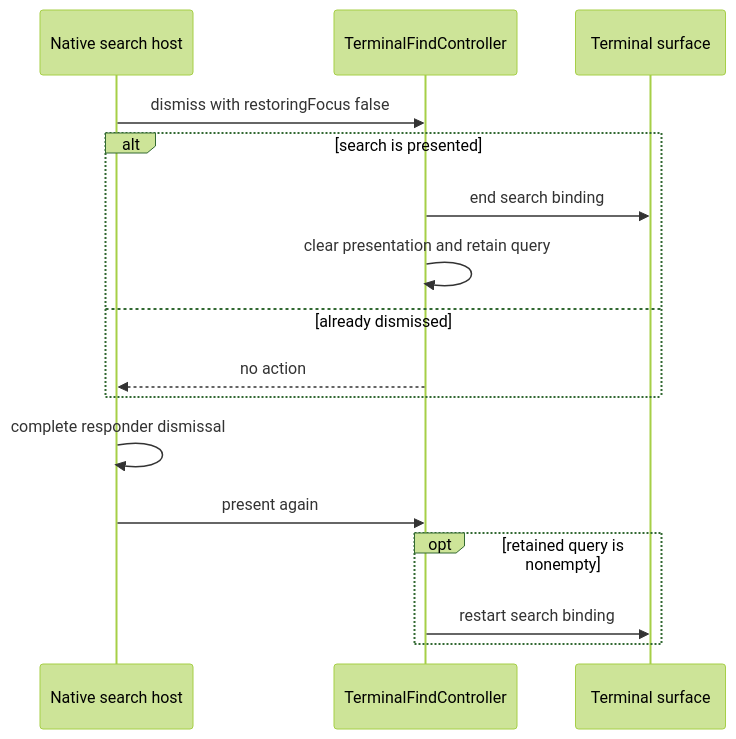
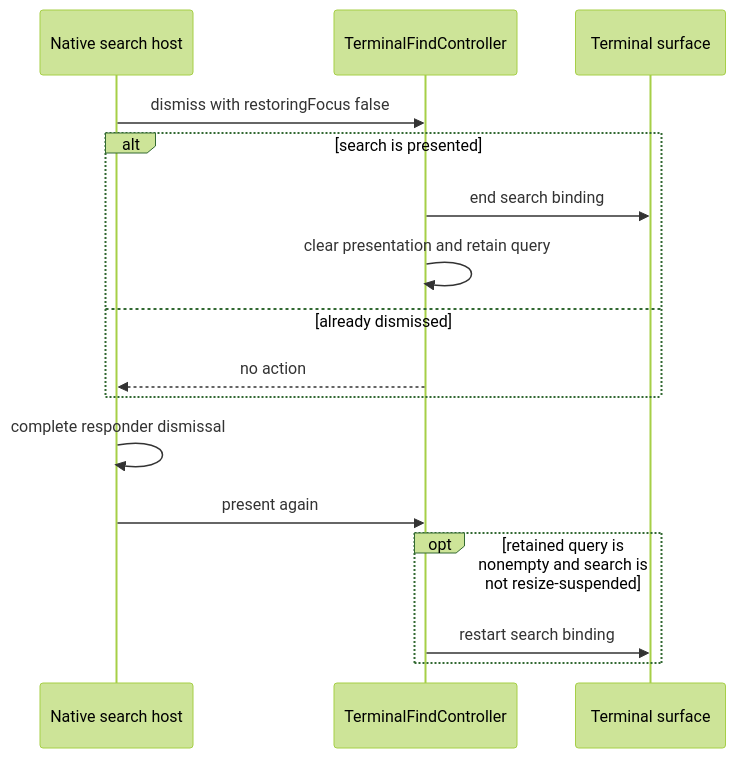
One commit to AkinoKaede/Termind changed the second of 6 diagrams in openwiki/architecture/engineering-invariants.md. Above: the diagram before and after it, drawn with Mermaid (forest theme). The commit also changed other lines of this file and 69 other files, not shown here.

````diff
--- a/openwiki/architecture/engineering-invariants.md
+++ b/openwiki/architecture/engineering-invariants.md
@@ -526,18 +532,18 @@
 ```mermaid
 sequenceDiagram
     participant Native as Native search host
     participant Find as TerminalFindController
     participant Surface as Terminal surface
     Native->>Find: dismiss with restoringFocus false
     alt search is presented
         Find->>Surface: end search binding
         Find->>Find: clear presentation and retain query
     else already dismissed
         Find-->>Native: no action
     end
     Native->>Native: complete responder dismissal
     Native->>Find: present again
-    opt retained query is nonempty
+    opt retained query is nonempty and search is not resize-suspended
         Find->>Surface: restart search binding
     end
 ```
````
